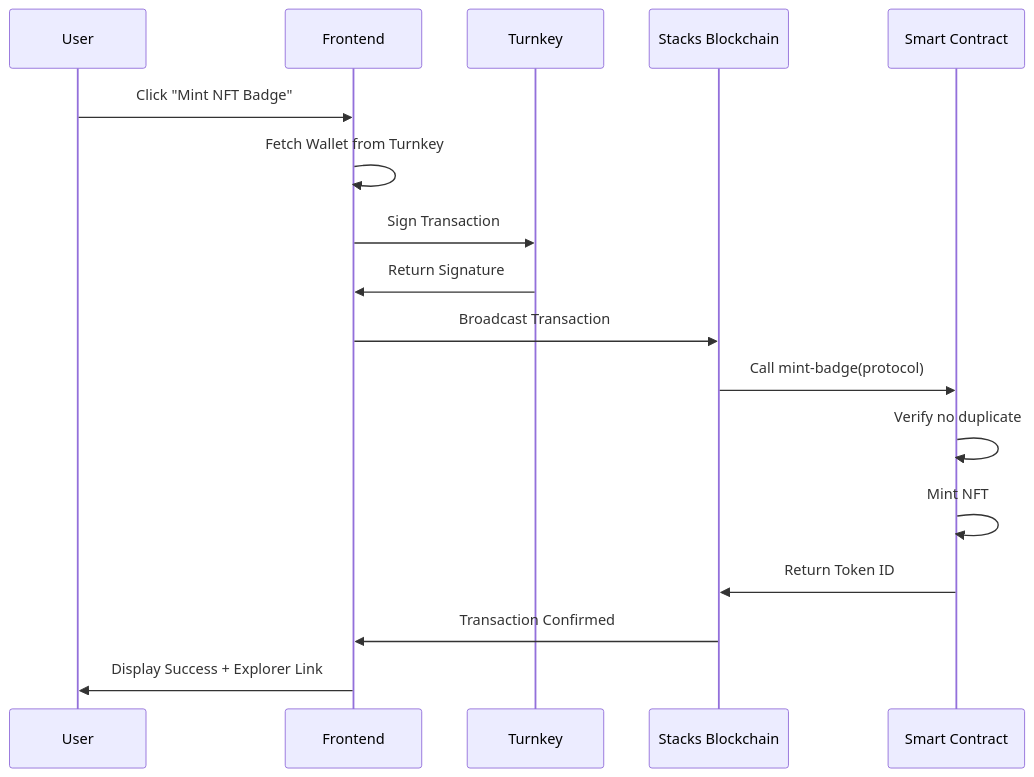
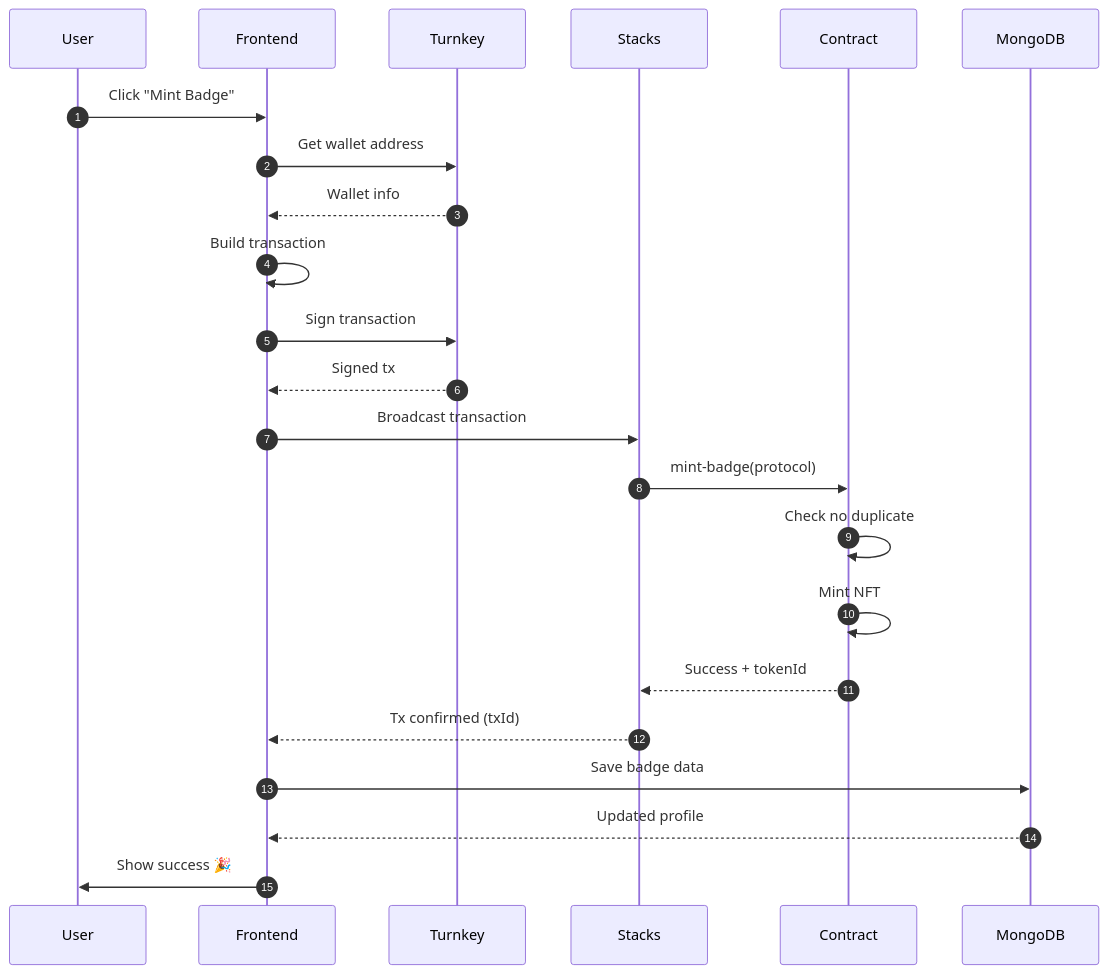
One commit to Arowolokehinde/QuestFinance changed the sixth of 6 diagrams in README.md. Above: the diagram before and after it, drawn with Mermaid. The commit also changed other lines of this file and 10 other files, not shown here.

````diff
--- a/README.md
+++ b/README.md
@@ -583,20 +692,31 @@
 ```mermaid
 sequenceDiagram
-    participant U as User
-    participant F as Frontend
-    participant T as Turnkey
-    participant S as Stacks Blockchain
-    participant C as Smart Contract
+    autonumber
+    participant User
+    participant Frontend
+    participant Turnkey
+    participant Stacks
+    participant Contract
+    participant MongoDB
 
-    U->>F: Click "Mint NFT Badge"
-    F->>F: Fetch Wallet from Turnkey
-    F->>T: Sign Transaction
-    T->>F: Return Signature
-    F->>S: Broadcast Transaction
-    S->>C: Call mint-badge(protocol)
-    C->>C: Verify no duplicate
-    C->>C: Mint NFT
-    C->>S: Return Token ID
-    S->>F: Transaction Confirmed
-    F->>U: Display Success + Explorer Link
+    User->>Frontend: Click "Mint Badge"
+    Frontend->>Turnkey: Get wallet address
+    Turnkey-->>Frontend: Wallet info
+
+    Frontend->>Frontend: Build transaction
+    Frontend->>Turnkey: Sign transaction
+    Turnkey-->>Frontend: Signed tx
+
+    Frontend->>Stacks: Broadcast transaction
+    Stacks->>Contract: mint-badge(protocol)
+
+    Contract->>Contract: Check no duplicate
+    Contract->>Contract: Mint NFT
+    Contract-->>Stacks: Success + tokenId
+
+    Stacks-->>Frontend: Tx confirmed (txId)
+    Frontend->>MongoDB: Save badge data
+    MongoDB-->>Frontend: Updated profile
+
+    Frontend->>User: Show success 🎉
 ```
````
